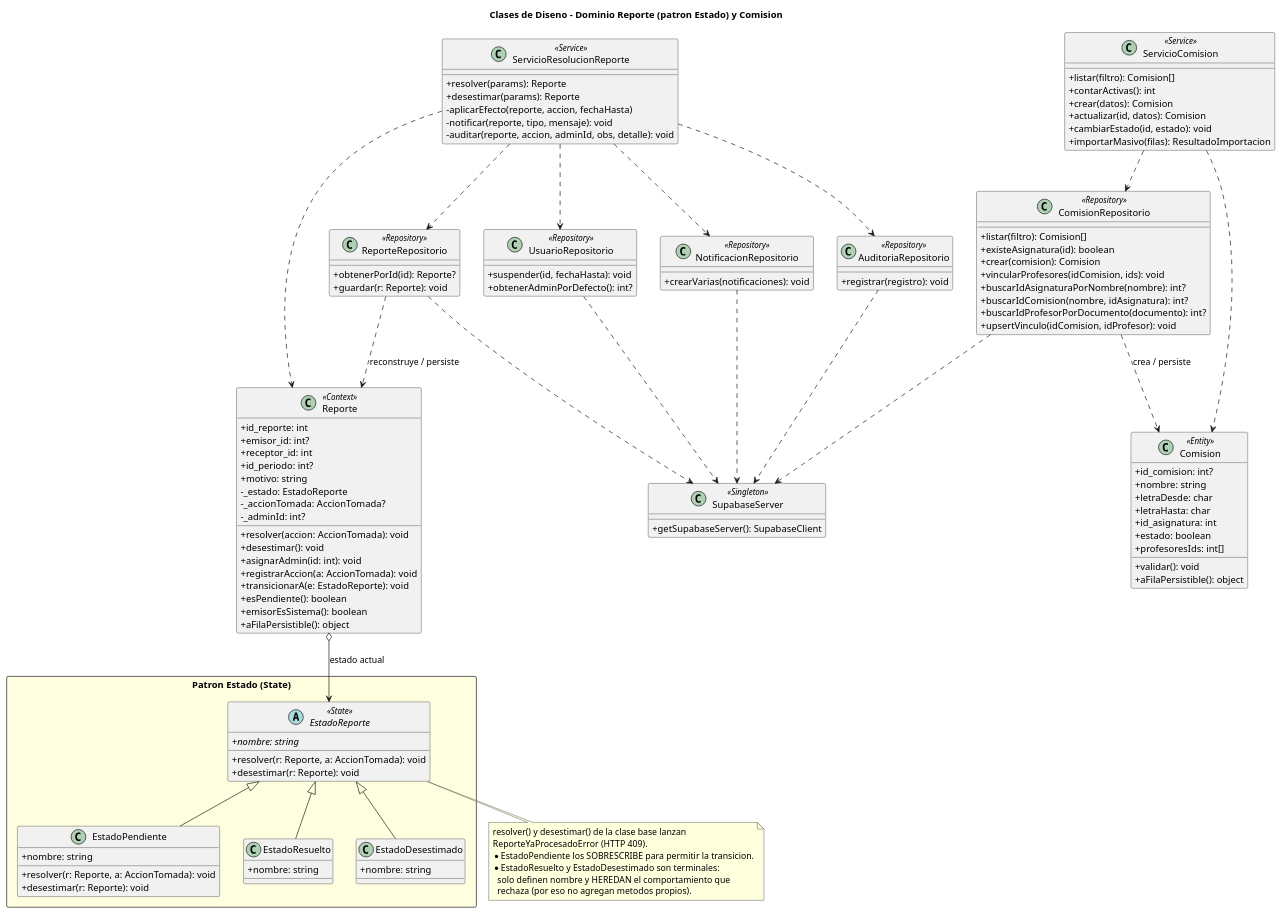
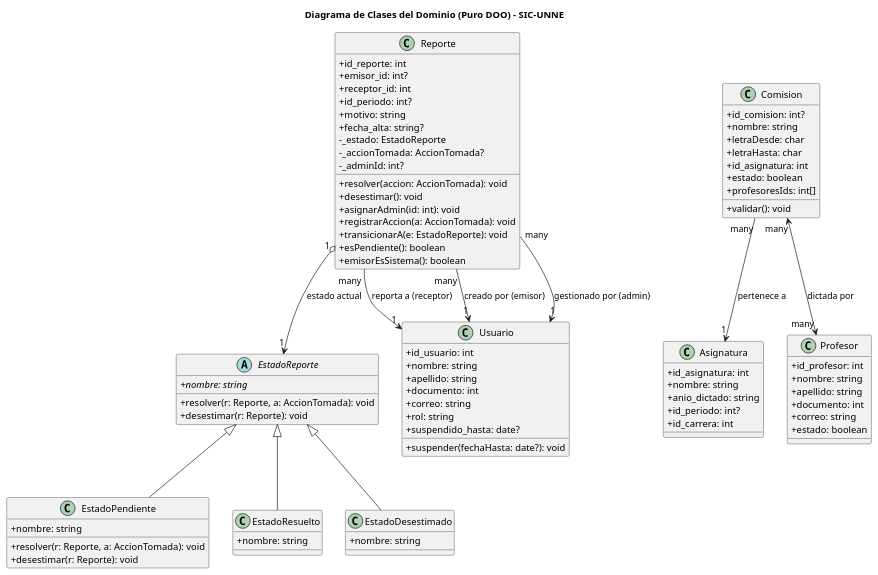
One commit to SantiagoScetti/sic-unne-admin changed the diagram in docs/uml/diagrama_clases.md. Above: the diagram before and after it, drawn with PlantUML. The commit also changed other lines of this file and 22 other files, not shown here.

Commit message:
Uml completado y trazabilidad de los Diagramas de secuencia listos

````diff
--- a/docs/uml/diagrama_clases.md
+++ b/docs/uml/diagrama_clases.md
@@ -16,15 +5,16 @@
 ```plantuml
 @startuml
 skinparam classAttributeIconSize 0
-title Clases de Diseno - Dominio Reporte (patron Estado) y Comision
+title Diagrama de Clases del Dominio (Puro DOO) - SIC-UNNE
 
-' ───────────── Entidad Reporte (Contexto del patron Estado) ─────────────
-class Reporte <<Context>> {
+' ─── Entidad Reporte y su Maquina de Estados ───
+class Reporte {
   + id_reporte: int
   + emisor_id: int?
   + receptor_id: int
   + id_periodo: int?
   + motivo: string
+  + fecha_alta: string?
   - _estado: EstadoReporte
   - _accionTomada: AccionTomada?
   - _adminId: int?
@@ -35,69 +25,52 @@
   + transicionarA(e: EstadoReporte): void
   + esPendiente(): boolean
   + emisorEsSistema(): boolean
-  + aFilaPersistible(): object
 }
 
-' ═════════ PATRON DE DISENO IMPLEMENTADO: ESTADO (marcado con recuadro) ═════════
-package "Patron Estado (State)" <<Rectangle>> #LightYellow {
-  abstract class EstadoReporte <<State>> {
-    + {abstract} nombre: string
-    + resolver(r: Reporte, a: AccionTomada): void
-    + desestimar(r: Reporte): void
-  }
-  class EstadoPendiente {
-    + nombre: string
-    + resolver(r: Reporte, a: AccionTomada): void
-    + desestimar(r: Reporte): void
-  }
-  class EstadoResuelto {
-    + nombre: string
-  }
-  class EstadoDesestimado {
-    + nombre: string
-  }
-  EstadoReporte <|-- EstadoPendiente
-  EstadoReporte <|-- EstadoResuelto
-  EstadoReporte <|-- EstadoDesestimado
-}
-Reporte o--> EstadoReporte : estado actual
-
-note bottom of EstadoReporte
-  resolver() y desestimar() de la clase base lanzan
-  ReporteYaProcesadoError (HTTP 409).
-  * EstadoPendiente los SOBRESCRIBE para permitir la transicion.
-  * EstadoResuelto y EstadoDesestimado son terminales:
-    solo definen nombre y HEREDAN el comportamiento que
-    rechaza (por eso no agregan metodos propios).
-end note
-
-' ───────────── Servicio de aplicacion (ORQUESTADOR: delega, no ejecuta) ─────────────
-class ServicioResolucionReporte <<Service>> {
-  + resolver(params): Reporte
-  + desestimar(params): Reporte
-  - aplicarEfecto(reporte, accion, fechaHasta)
-  - notificar(reporte, tipo, mensaje): void
-  - auditar(reporte, accion, adminId, obs, detalle): void
+abstract class EstadoReporte {
+  + {abstract} nombre: string
+  + resolver(r: Reporte, a: AccionTomada): void
+  + desestimar(r: Reporte): void
 }
 
-' ───────────── Repositorios (persistencia) ─────────────
-class ReporteRepositorio <<Repository>> {
-  + obtenerPorId(id): Reporte?
-  + guardar(r: Reporte): void
-}
-class UsuarioRepositorio <<Repository>> {
-  + suspender(id, fechaHasta): void
-  + obtenerAdminPorDefecto(): int?
-}
-class NotificacionRepositorio <<Repository>> {
-  + crearVarias(notificaciones): void
-}
-class AuditoriaRepositorio <<Repository>> {
-  + registrar(registro): void
+class EstadoPendiente {
+  + nombre: string
+  + resolver(r: Reporte, a: AccionTomada): void
+  + desestimar(r: Reporte): void
 }
 
-' ───────────── Dominio Comision (entidad + servicio + repositorio) ─────────────
-class Comision <<Entity>> {
+class EstadoResuelto {
+  + nombre: string
+}
+
+class EstadoDesestimado {
+  + nombre: string
+}
+
+EstadoReporte <|-- EstadoPendiente
+EstadoReporte <|-- EstadoResuelto
+EstadoReporte <|-- EstadoDesestimado
+Reporte "1" o--> "1" EstadoReporte : estado actual
+
+' ─── Entidades de Usuario ───
+class Usuario {
+  + id_usuario: int
+  + nombre: string
+  + apellido: string
+  + documento: int
+  + correo: string
+  + rol: string
+  + suspendido_hasta: date?
+  + suspender(fechaHasta: date?): void
+}
+
+' Relaciones conceptuales de Reporte y Usuario
+Reporte "many" --> "1" Usuario : "reporta a (receptor)"
+Reporte "many" --> "1" Usuario : "creado por (emisor)"
+Reporte "many" --> "1" Usuario : "gestionado por (admin)"
+
+' ─── Entidades del Dominio Academico (Comision) ───
+class Comision {
   + id_comision: int?
   + nombre: string
   + letraDesde: char
@@ -106,49 +79,27 @@
   + estado: boolean
   + profesoresIds: int[]
   + validar(): void
-  + aFilaPersistible(): object
-}
-class ServicioComision <<Service>> {
-  + listar(filtro): Comision[]
-  + contarActivas(): int
-  + crear(datos): Comision
-  + actualizar(id, datos): Comision
-  + cambiarEstado(id, estado): void
-  + importarMasivo(filas): ResultadoImportacion
-}
-class ComisionRepositorio <<Repository>> {
-  + listar(filtro): Comision[]
-  + existeAsignatura(id): boolean
-  + crear(comision): Comision
-  + vincularProfesores(idComision, ids): void
-  + buscarIdAsignaturaPorNombre(nombre): int?
-  + buscarIdComision(nombre, idAsignatura): int?
-  + buscarIdProfesorPorDocumento(documento): int?
-  + upsertVinculo(idComision, idProfesor): void
 }
 
-' ───────────── Infraestructura compartida (PATRON SINGLETON) ─────────────
-class SupabaseServer <<Singleton>> {
-  + getSupabaseServer(): SupabaseClient
+class Asignatura {
+  + id_asignatura: int
+  + nombre: string
+  + anio_dictado: string
+  + id_periodo: int?
+  + id_carrera: int
 }
 
-' ═════════ Relaciones (SOLO las que existen de verdad en el codigo) ═════════
-ServicioResolucionReporte ..> Reporte
-ServicioResolucionReporte ..> ReporteRepositorio
-ServicioResolucionReporte ..> UsuarioRepositorio
-ServicioResolucionReporte ..> NotificacionRepositorio
-ServicioResolucionReporte ..> AuditoriaRepositorio
-ReporteRepositorio ..> Reporte : reconstruye / persiste
+class Profesor {
+  + id_profesor: int
+  + nombre: string
+  + apellido: string
+  + documento: int
+  + correo: string
+  + estado: boolean
+}
 
-ServicioComision ..> Comision
-ServicioComision ..> ComisionRepositorio
-ComisionRepositorio ..> Comision : crea / persiste
+Comision "many" --> "1" Asignatura : "pertenece a"
+Comision "many" <--> "many" Profesor : "dictada por"
 
-' Todos los repositorios comparten la MISMA instancia (Singleton) -> conecta el grafo
-ReporteRepositorio ..> SupabaseServer
-UsuarioRepositorio ..> SupabaseServer
-NotificacionRepositorio ..> SupabaseServer
-AuditoriaRepositorio ..> SupabaseServer
-ComisionRepositorio ..> SupabaseServer
 @enduml
 ```
````
